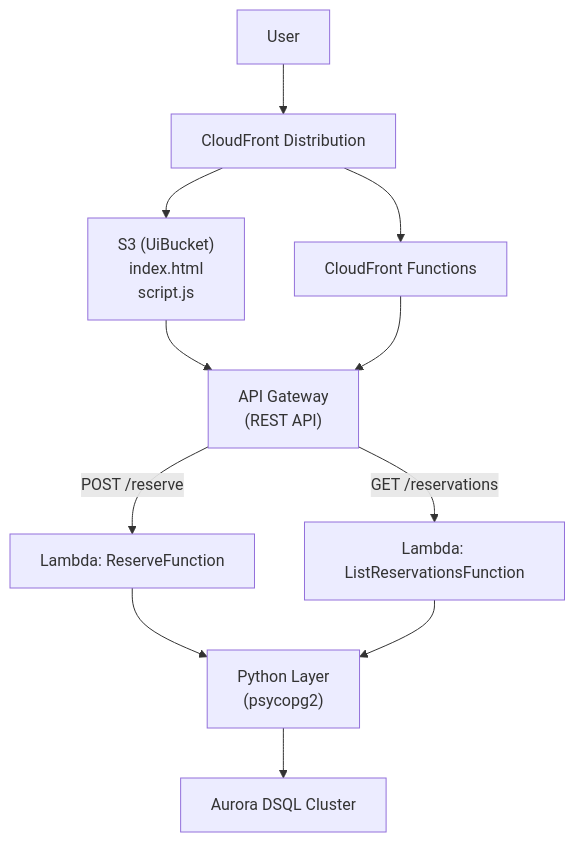
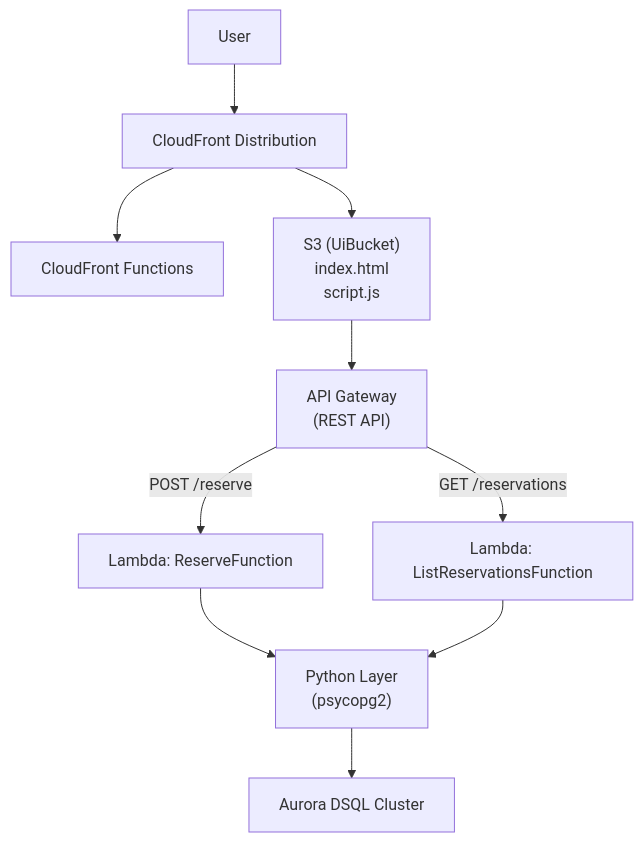
The diagram in README.md (hatanoyoshihiko/dsql-reservation), drawn with Mermaid before and after one commit.

Commit message:
updated mermaid

````diff
--- a/README.md
+++ b/README.md
@@ -7,28 +7,26 @@
 ```mermaid
 graph TD
   User["User"]
   CF["CloudFront Distribution"]
   CF-Functions["CloudFront Functions"]
   S3["S3 (UiBucket)<br>index.html<BR>script.js"]
   API["API Gateway<br>(REST API)"]
   LambdaList["Lambda: ListReservationsFunction"]
   LambdaReserve["Lambda: ReserveFunction"]
   DSQL["Aurora DSQL Cluster"]
   Layer["Python Layer<br>(psycopg2)"]
 
   User --> CF
   CF --> S3
   CF --> CF-Functions
-  CF-Functions
   S3 --> API
 
   API -->|GET /reservations| LambdaList
   API -->|POST /reserve| LambdaReserve
 
   LambdaReserve --> Layer
-  CF-Functions --> API
   LambdaList --> Layer
   
   Layer --> DSQL
 
 ```
````
